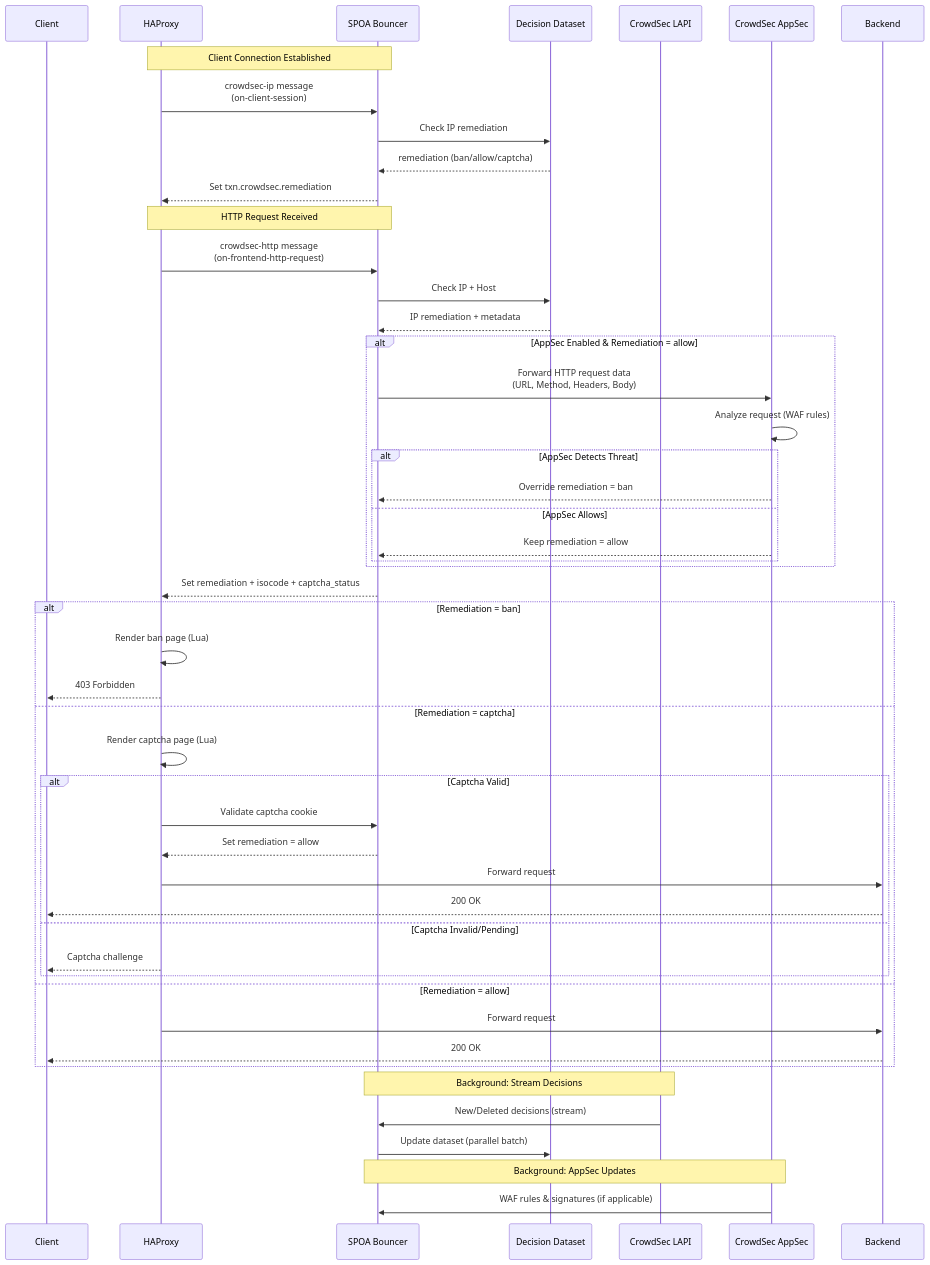
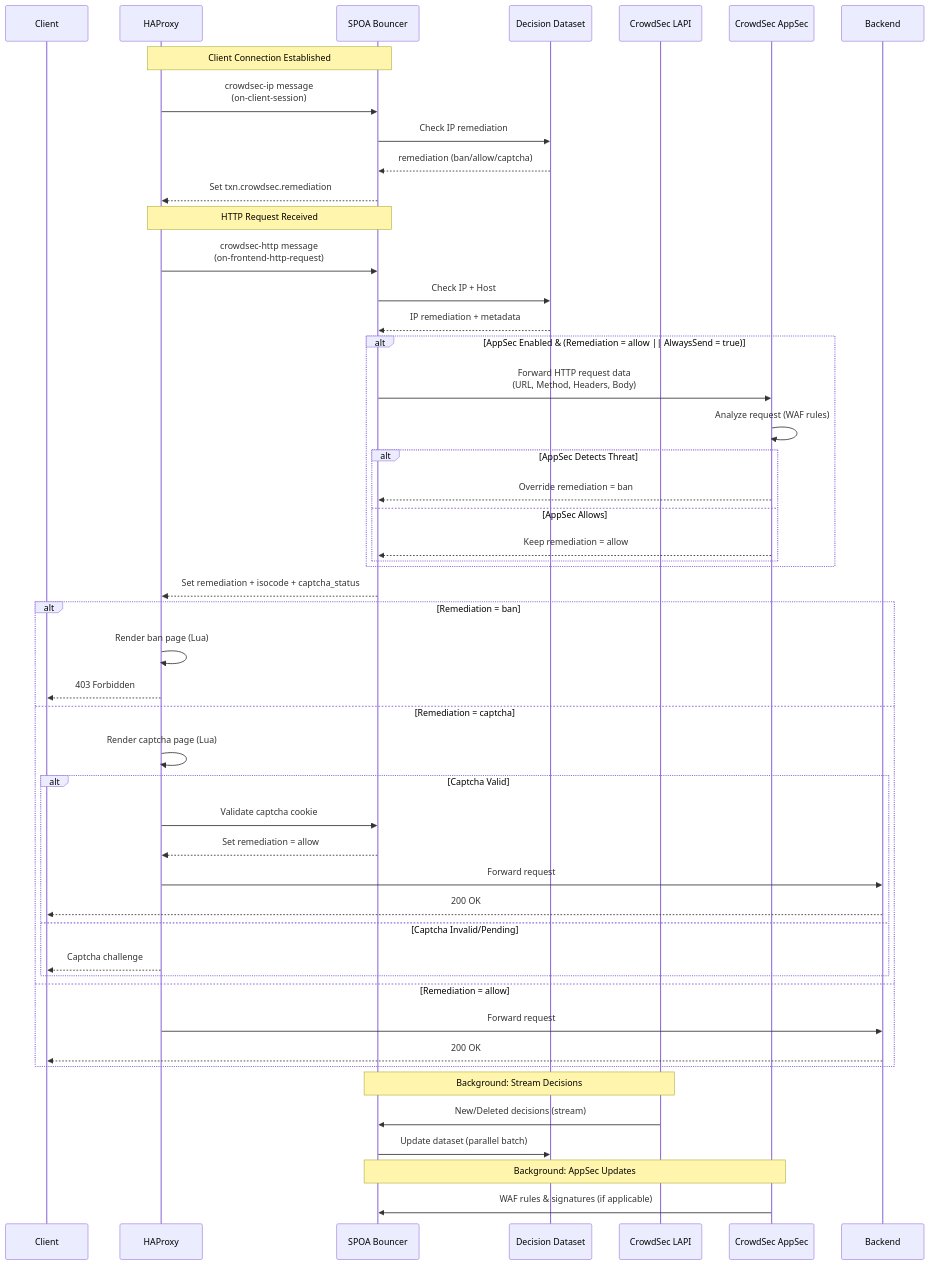
The diagram in README.md (crowdsecurity/cs-haproxy-spoa-bouncer), drawn with Mermaid before and after one commit. The commit also changed other lines of this file, not shown here.

Commit message:
docs: update AppSec condition to include AlwaysSend flag
- Update Mermaid diagram to show AppSec is called when remediation = allow OR AlwaysSend = true
- Update request flow details to explain AlwaysSend behavior
- AppSec can analyze requests even when remediation is ban/captcha if AlwaysSend is enabled

````diff
--- a/README.md
+++ b/README.md
@@ -22,58 +22,58 @@
 ```mermaid
 sequenceDiagram
     participant Client
     participant HAProxy
     participant SPOA as SPOA Bouncer
     participant Dataset as Decision Dataset
     participant CrowdSec as CrowdSec LAPI
     participant AppSec as CrowdSec AppSec
     participant Backend
 
     Note over HAProxy,SPOA: Client Connection Established
     HAProxy->>SPOA: crowdsec-ip message<br/>(on-client-session)
     SPOA->>Dataset: Check IP remediation
     Dataset-->>SPOA: remediation (ban/allow/captcha)
     SPOA-->>HAProxy: Set txn.crowdsec.remediation
     
     Note over HAProxy,SPOA: HTTP Request Received
     HAProxy->>SPOA: crowdsec-http message<br/>(on-frontend-http-request)
     SPOA->>Dataset: Check IP + Host
     Dataset-->>SPOA: IP remediation + metadata
     
-    alt AppSec Enabled & Remediation = allow
+    alt AppSec Enabled & (Remediation = allow || AlwaysSend = true)
         SPOA->>AppSec: Forward HTTP request data<br/>(URL, Method, Headers, Body)
         AppSec->>AppSec: Analyze request (WAF rules)
         alt AppSec Detects Threat
             AppSec-->>SPOA: Override remediation = ban
         else AppSec Allows
             AppSec-->>SPOA: Keep remediation = allow
         end
     end
     
     SPOA-->>HAProxy: Set remediation + isocode + captcha_status
     
     alt Remediation = ban
         HAProxy->>HAProxy: Render ban page (Lua)
         HAProxy-->>Client: 403 Forbidden
     else Remediation = captcha
         HAProxy->>HAProxy: Render captcha page (Lua)
         alt Captcha Valid
             HAProxy->>SPOA: Validate captcha cookie
             SPOA-->>HAProxy: Set remediation = allow
             HAProxy->>Backend: Forward request
             Backend-->>Client: 200 OK
         else Captcha Invalid/Pending
             HAProxy-->>Client: Captcha challenge
         end
     else Remediation = allow
         HAProxy->>Backend: Forward request
         Backend-->>Client: 200 OK
     end
     
     Note over SPOA,CrowdSec: Background: Stream Decisions
     CrowdSec->>SPOA: New/Deleted decisions (stream)
     SPOA->>Dataset: Update dataset (parallel batch)
     
     Note over SPOA,AppSec: Background: AppSec Updates
     AppSec->>SPOA: WAF rules & signatures (if applicable)
 ```
````
